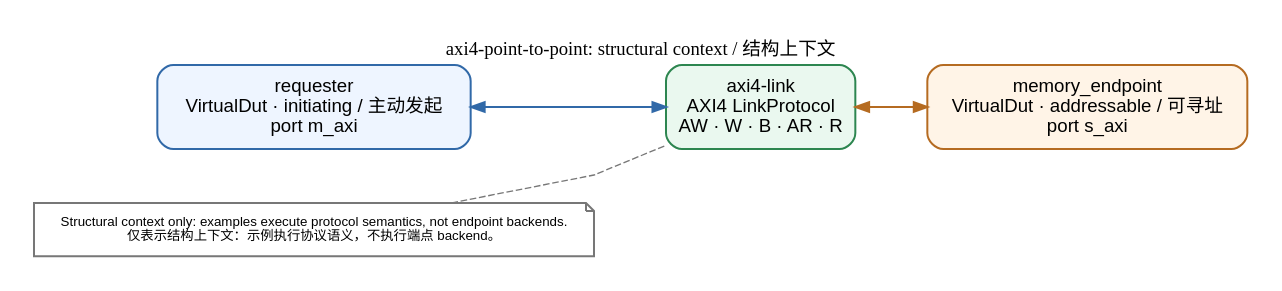
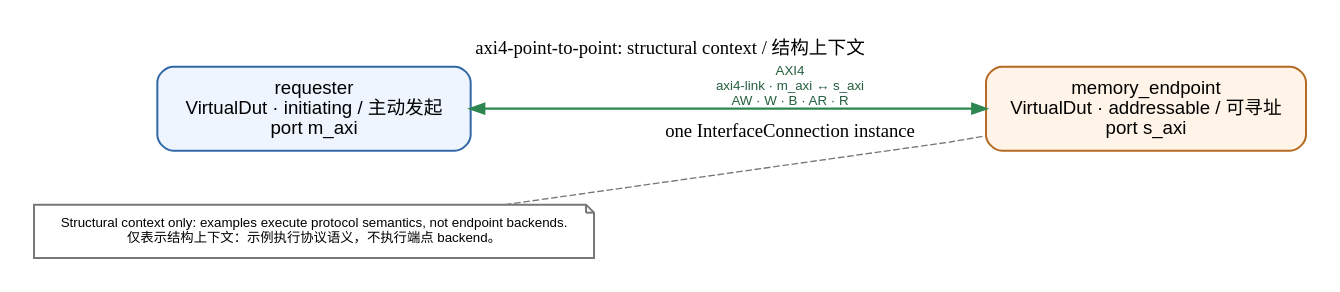
Before and after one commit to WhiteDeerPro/PROTOCOL_MODEL: the diagram in showcase/generated/axi4/sources/topology.dot, drawn with Graphviz. The commit also changed 755 other files, not shown here.

```diff
--- a/showcase/generated/axi4/sources/topology.dot
+++ b/showcase/generated/axi4/sources/topology.dot
@@ -1,14 +1,15 @@
 digraph demo_network {
   rankdir=LR;
   label="axi4-point-to-point: structural context / 结构上下文";
   labelloc="t";
   graph [bgcolor="white", pad=0.25, nodesep=0.55, ranksep=0.75, splines=polyline];
   node [shape=box, style="rounded,filled", fontname="sans-serif", margin="0.18,0.12", penwidth=1.5];
   requester [label="requester\nVirtualDut · initiating / 主动发起\nport m_axi", fillcolor="#eef5ff", color="#3169a8"];
-  link [label="axi4-link\nAXI4 LinkProtocol\nAW · W · B · AR · R", fillcolor="#eaf8ef", color="#2d8650"];
   endpoint [label="memory_endpoint\nVirtualDut · addressable / 可寻址\nport s_axi", fillcolor="#fff4e7", color="#b56b21"];
-  requester -> link [dir=both, color="#3169a8", penwidth=1.6];
-  link -> endpoint [dir=both, color="#b56b21", penwidth=1.6];
+  requester -> endpoint [dir=both, color="#2d8650", penwidth=1.8,
+    label="AXI4\naxi4-link · m_axi ↔ s_axi\nAW · W · B · AR · R",
+    fontname="sans-serif", fontsize=10, fontcolor="#245f3d"];
   note [shape=note, label="Structural context only: examples execute protocol semantics, not endpoint backends.\n仅表示结构上下文：示例执行协议语义，不执行端点 backend。", fillcolor="#ffffff", color="#777777", fontsize=10];
-  note -> link [style=dashed, arrowhead=none, color="#777777", constraint=false];
+  note -> endpoint [style=dashed, arrowhead=none, color="#777777", constraint=false,
+    label="one InterfaceConnection instance"];
 }
```
